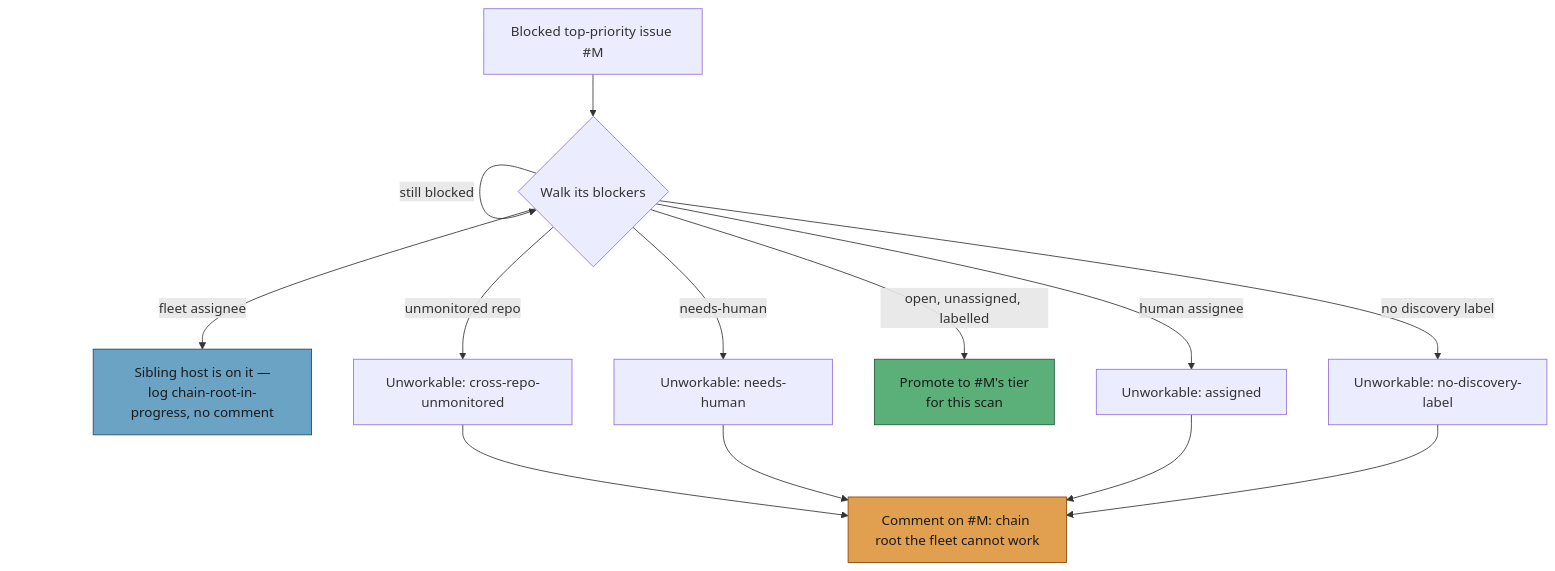
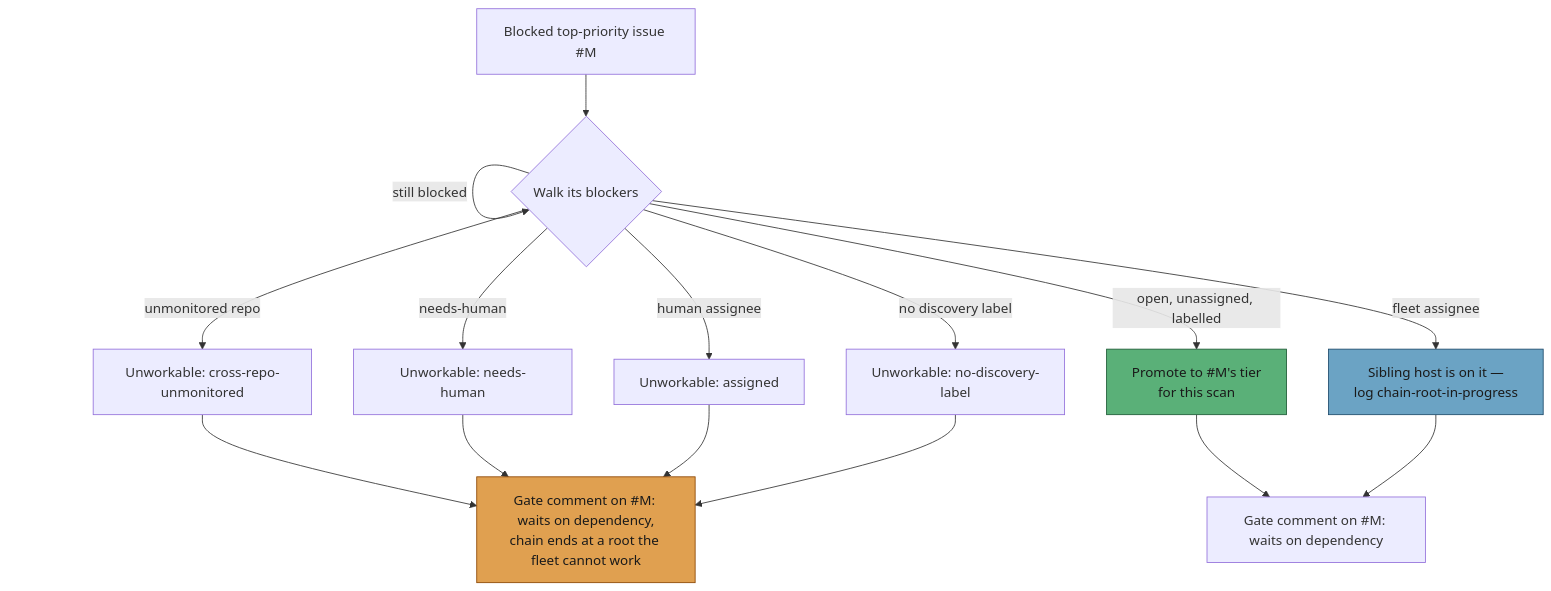
The ninth of 9 diagrams in DESIGN-PRINCIPLES.md (stSoftwareAU/VibeCoder), drawn with Mermaid before and after one commit. The commit also changed other lines of this file and 9 other files, not shown here.

````diff
--- a/DESIGN-PRINCIPLES.md
+++ b/DESIGN-PRINCIPLES.md
@@ -2743,18 +2748,20 @@
 ```mermaid
 flowchart TD
     B["Blocked top-priority issue #M"] --> W{"Walk its blockers"}
     W -->|"still blocked"| W
     W -->|"unmonitored repo"| U["Unworkable: cross-repo-unmonitored"]
     W -->|"needs-human"| N["Unworkable: needs-human"]
-    W -->|"fleet assignee"| F["Sibling host is on it —<br/>log chain-root-in-progress, no comment"]
+    W -->|"fleet assignee"| F["Sibling host is on it —<br/>log chain-root-in-progress"]
     W -->|"human assignee"| A["Unworkable: assigned"]
     W -->|"no discovery label"| L["Unworkable: no-discovery-label"]
     W -->|"open, unassigned, labelled"| P["Promote to #M's tier<br/>for this scan"]
-    U --> C["Comment on #M: chain root the fleet cannot work"]
+    U --> C["Gate comment on #M: waits on dependency,<br/>chain ends at a root the fleet cannot work"]
     N --> C
     A --> C
     L --> C
+    P --> D["Gate comment on #M: waits on dependency"]
+    F --> D
     style P fill:#5ab078,stroke:#1d5a35,color:#1a1a1a
     style F fill:#6ba3c4,stroke:#1d4a6a,color:#1a1a1a
     style C fill:#e0a050,stroke:#8b4500,color:#1a1a1a
 ```
````
